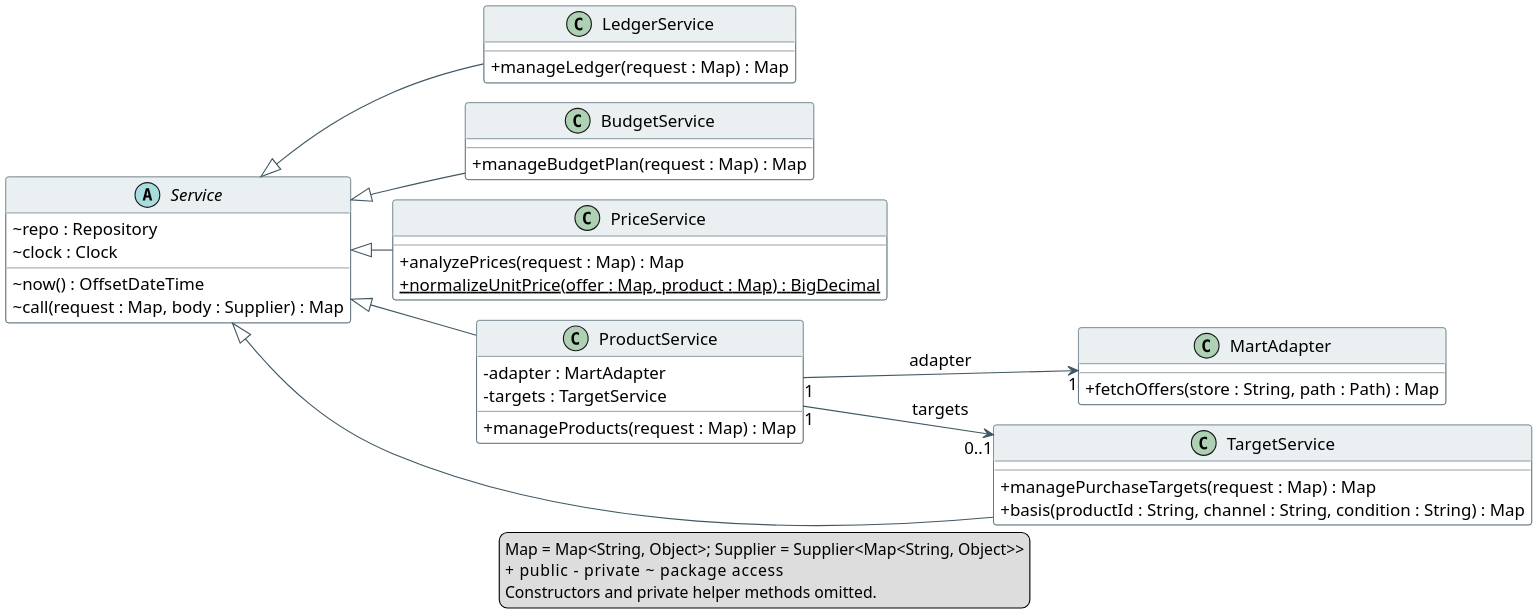
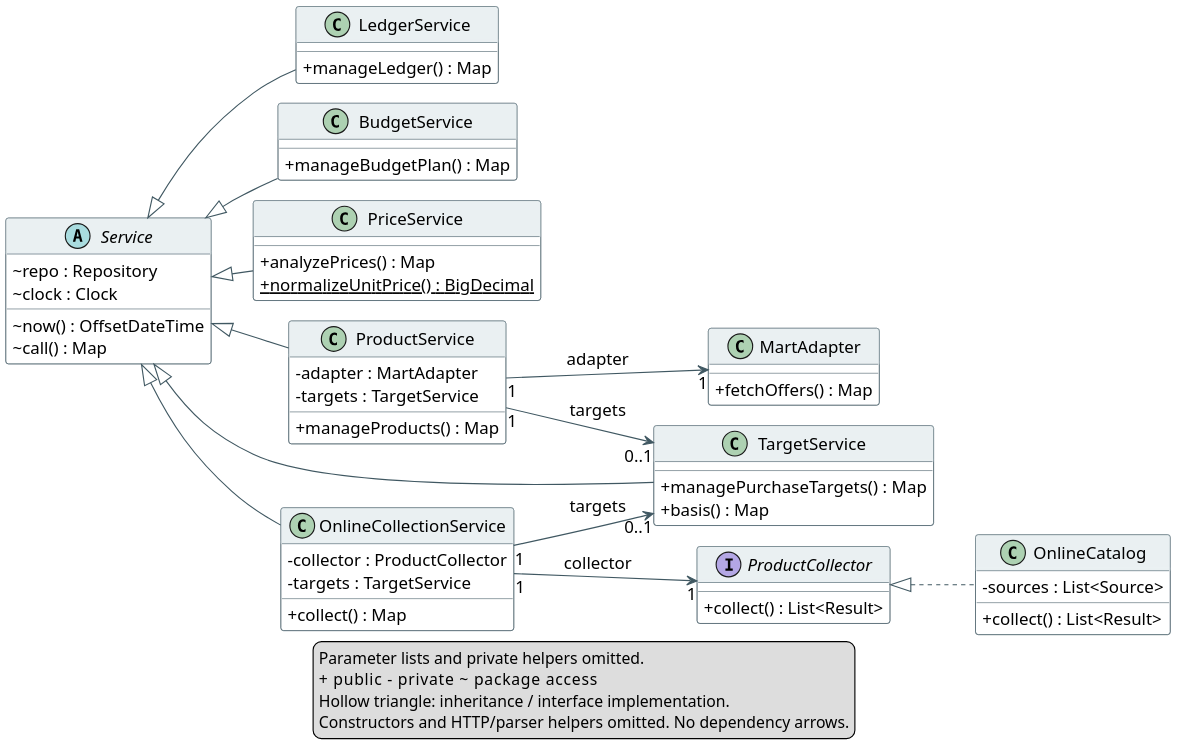
One commit to hyeonsu-test/smart-grocery-ledger changed the diagram in doc/class-services.puml. Above: the diagram before and after it, drawn with PlantUML. The commit also changed 57 other files, not shown here.

Commit message:
Add official product collection and retry controls

```diff
--- a/doc/class-services.puml
+++ b/doc/class-services.puml
@@ -1,55 +1,72 @@
 @startuml
 !pragma layout smetana
 skinparam dpi 180
 skinparam shadowing false
 skinparam classAttributeIconSize 0
 skinparam defaultFontName Arial
 skinparam defaultFontSize 15
 skinparam classBackgroundColor #FFFFFF
 skinparam classBorderColor #405862
 skinparam classHeaderBackgroundColor #EAF0F2
 skinparam ArrowColor #405862
 skinparam nodesep 35
 skinparam ranksep 45
 left to right direction
 abstract class Service {
   ~ repo : Repository
   ~ clock : Clock
   ~ now() : OffsetDateTime
-  ~ call(request : Map, body : Supplier) : Map
+  ~ call() : Map
 }
 class LedgerService {
-  + manageLedger(request : Map) : Map
+  + manageLedger() : Map
 }
 class BudgetService {
-  + manageBudgetPlan(request : Map) : Map
+  + manageBudgetPlan() : Map
 }
 class PriceService {
-  + analyzePrices(request : Map) : Map
-  {static} + normalizeUnitPrice(offer : Map, product : Map) : BigDecimal
+  + analyzePrices() : Map
+  {static} + normalizeUnitPrice() : BigDecimal
 }
 class ProductService {
   - adapter : MartAdapter
   - targets : TargetService
-  + manageProducts(request : Map) : Map
+  + manageProducts() : Map
 }
 class TargetService {
-  + managePurchaseTargets(request : Map) : Map
-  + basis(productId : String, channel : String, condition : String) : Map
+  + managePurchaseTargets() : Map
+  + basis() : Map
 }
 class MartAdapter {
-  + fetchOffers(store : String, path : Path) : Map
+  + fetchOffers() : Map
 }
+class OnlineCollectionService {
+  - collector : ProductCollector
+  - targets : TargetService
+  + collect() : Map
+}
+interface ProductCollector {
+  + collect() : List<Result>
+}
+class OnlineCatalog {
+  - sources : List<Source>
+  + collect() : List<Result>
+}
+Service <|-- OnlineCollectionService
+OnlineCollectionService "1" --> "1" ProductCollector : collector
+OnlineCollectionService "1" --> "0..1" TargetService : targets
+ProductCollector <|.. OnlineCatalog
 Service <|-- LedgerService
 Service <|-- BudgetService
 Service <|-- PriceService
 Service <|-- ProductService
 Service <|-- TargetService
 ProductService "1" --> "1" MartAdapter : adapter
 ProductService "1" --> "0..1" TargetService : targets
 legend bottom
-  Map = Map<String, Object>; Supplier = Supplier<Map<String, Object>>
+  Parameter lists and private helpers omitted.
   + public    - private    ~ package access
-  Constructors and private helper methods omitted.
+  Hollow triangle: inheritance / interface implementation.
+  Constructors and HTTP/parser helpers omitted. No dependency arrows.
 endlegend
 @enduml
```
